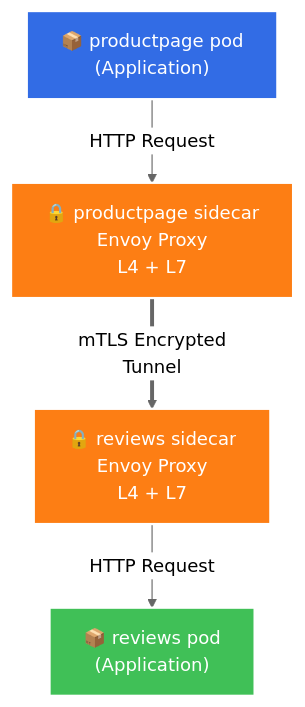
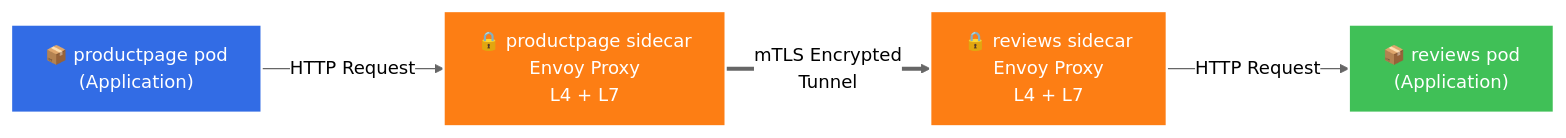
Before and after one commit to isItObservable/servicemeshsecuritybenchmark: the eighth of 11 diagrams in docs/workshop.md, drawn with Mermaid (neutral theme). The commit also changed other lines of this file and 5 other files, not shown here.

````diff
--- a/docs/workshop.md
+++ b/docs/workshop.md
@@ -1381,16 +1413,16 @@
 ```mermaid
-flowchart TD
+flowchart LR
     PP["📦 productpage pod<br/>(Application)"]
     PS["🔒 productpage sidecar<br/>Envoy Proxy<br/>L4 + L7"]
     RS["🔒 reviews sidecar<br/>Envoy Proxy<br/>L4 + L7"]
     RP["📦 reviews pod<br/>(Application)"]
     
     PP -->|HTTP Request| PS
     PS ==>|"mTLS Encrypted<br/>Tunnel"| RS
     RS -->|HTTP Request| RP
     
     style PP fill:#326ce5,stroke:#fff,stroke-width:2px,color:#fff
     style PS fill:#fd7e14,stroke:#fff,stroke-width:2px,color:#fff
     style RS fill:#fd7e14,stroke:#fff,stroke-width:2px,color:#fff
     style RP fill:#40c057,stroke:#fff,stroke-width:2px,color:#fff
 ```
````
